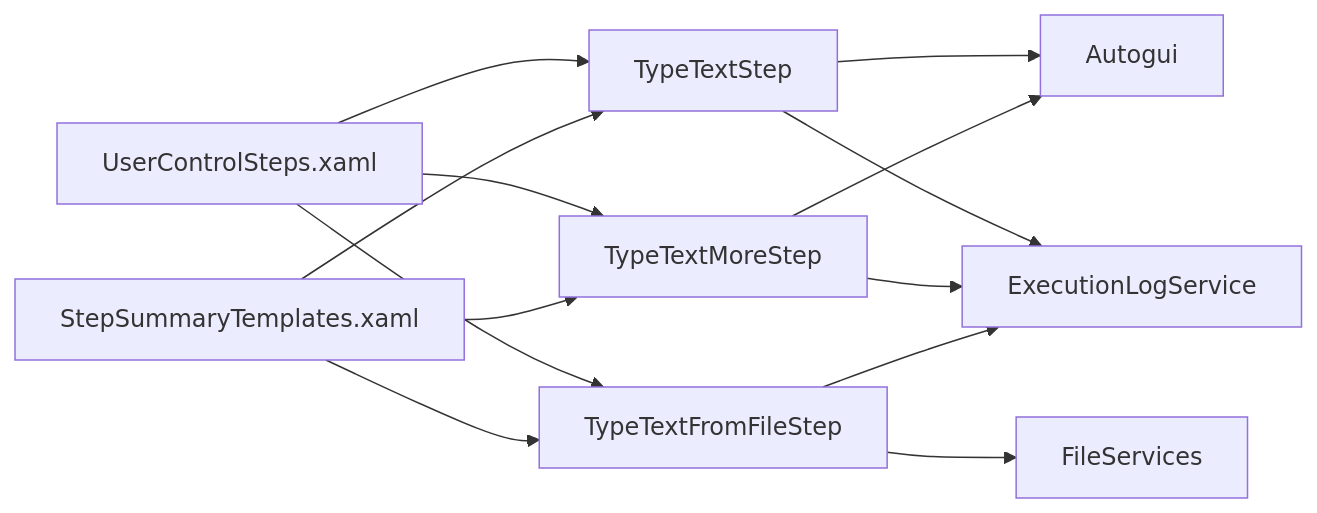
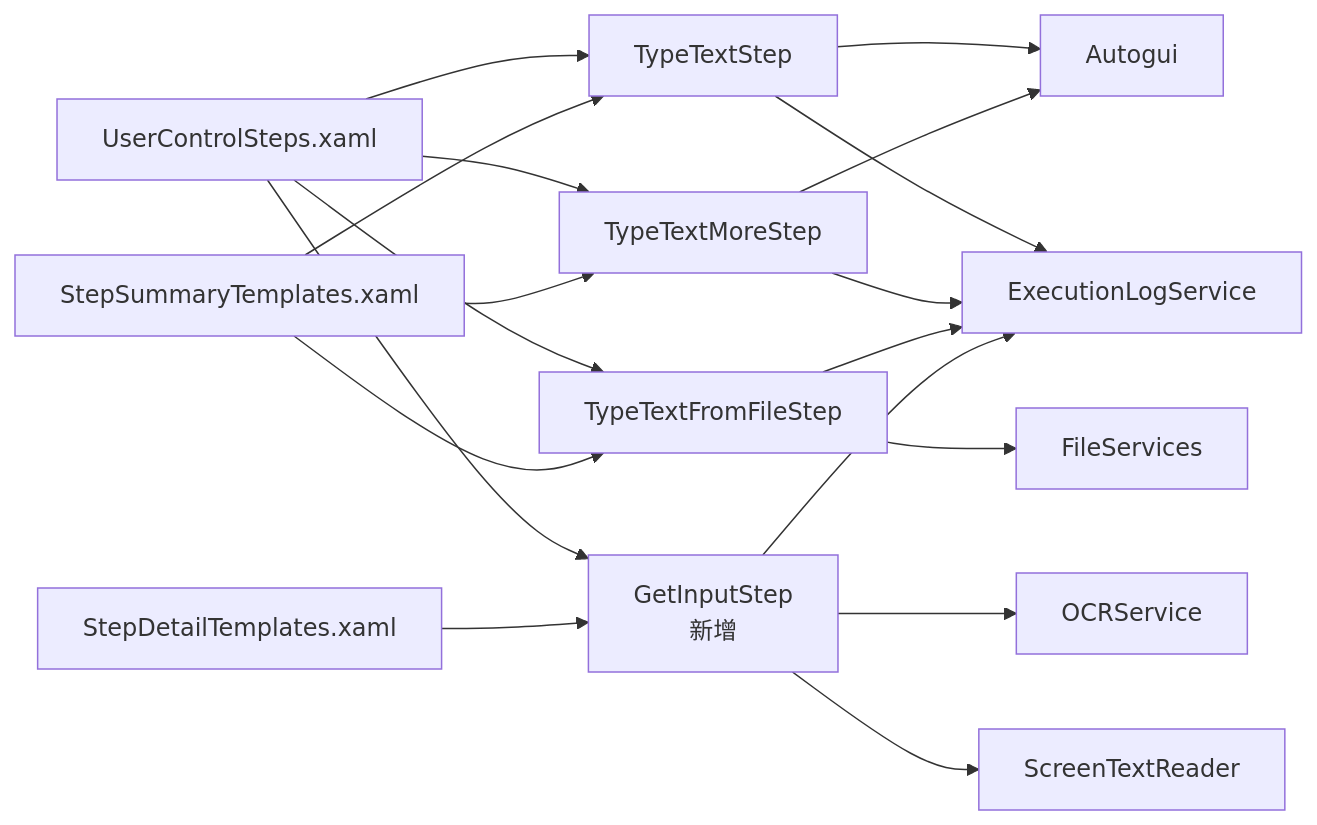
The fifth of 5 diagrams in .qoder/repowiki/zh/content/自动化步骤系统/文本输入步骤.md (yooxii/ShaoLuAuto), drawn with Mermaid before and after one commit. The commit also changed other lines of this file and 9 other files, not shown here.

````diff
--- a/.qoder/repowiki/zh/content/自动化步骤系统/文本输入步骤.md
+++ b/.qoder/repowiki/zh/content/自动化步骤系统/文本输入步骤.md
@@ -272,15 +297,20 @@
 ```mermaid
 graph LR
 TT["TypeTextStep"] --> AG["Autogui"]
 TTM["TypeTextMoreStep"] --> AG
 TTF["TypeTextFromFileStep"] --> FS["FileServices"]
+GI["GetInputStep<br/>新增"] --> OCR["OCRService"]
+GI --> STR["ScreenTextReader"]
 TT --> ELS["ExecutionLogService"]
 TTM --> ELS
 TTF --> ELS
+GI --> ELS
 UI["UserControlSteps.xaml"] --> TT
 UI --> TTM
 UI --> TTF
+UI --> GI
 TPL["StepSummaryTemplates.xaml"] --> TT
 TPL --> TTM
 TPL --> TTF
+DTPL["StepDetailTemplates.xaml"] --> GI
 ```
````
